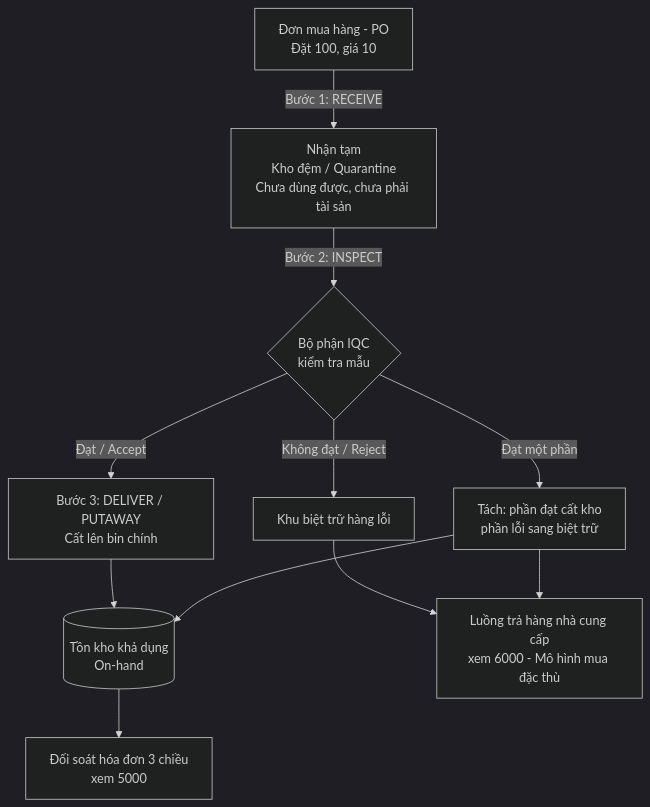
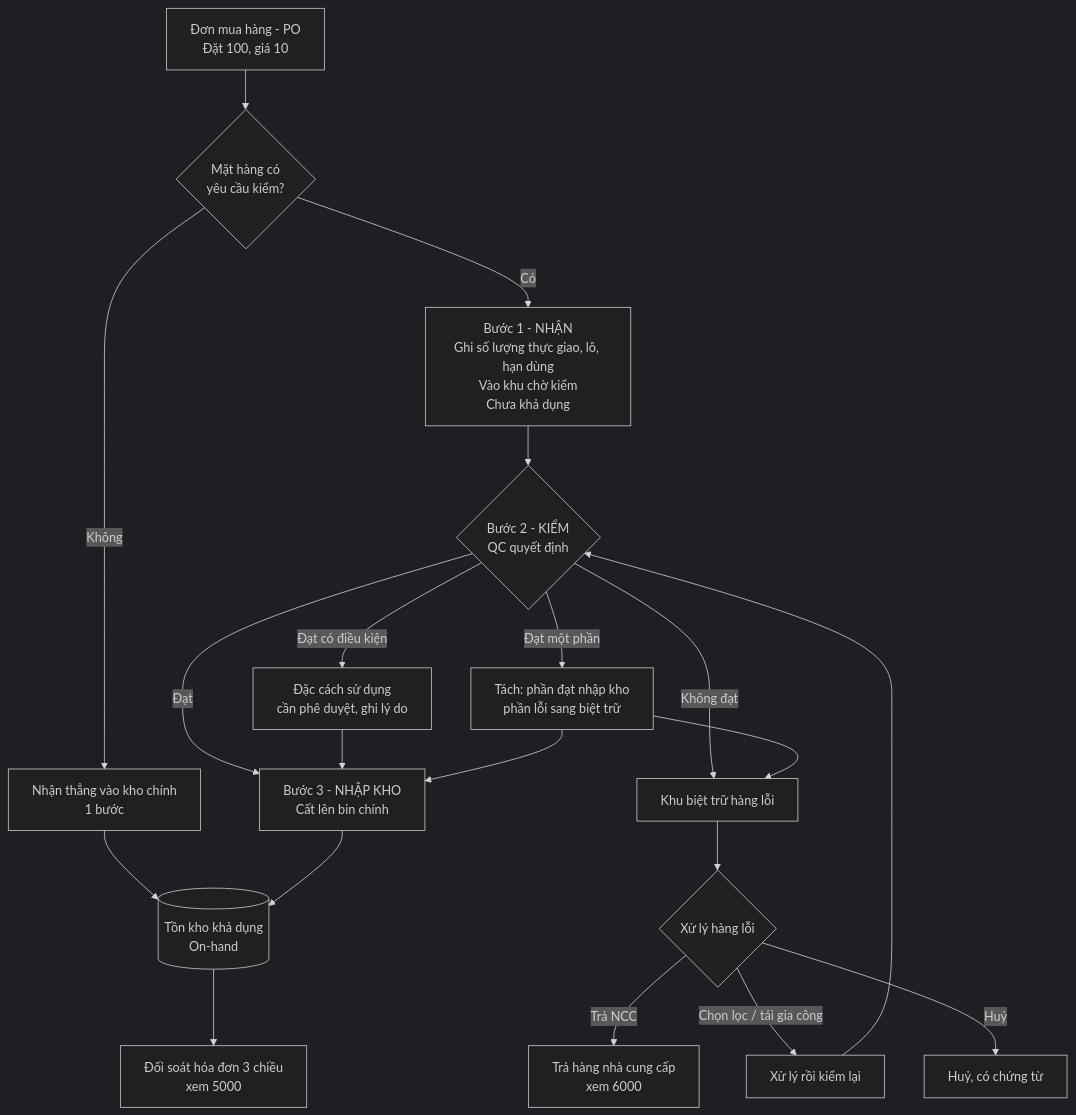
One commit to thanvanhai/thanvanhai.github.io changed the diagram in docs/erp-nghiep-vu/2-mua-hang/4000-nhan-hang-va-kiem-qc.md. Above: the diagram before and after it, drawn with Mermaid (dark theme). The commit also changed other lines of this file and 1 other file, not shown here.

````diff
--- a/docs/erp-nghiep-vu/2-mua-hang/4000-nhan-hang-va-kiem-qc.md
+++ b/docs/erp-nghiep-vu/2-mua-hang/4000-nhan-hang-va-kiem-qc.md
@@ -26,13 +37,22 @@
 ```mermaid
 flowchart TD
-    PO["Đơn mua hàng - PO<br/>Đặt 100, giá 10"] -->|Bước 1: RECEIVE| REC["Nhận tạm<br/>Kho đệm / Quarantine<br/>Chưa dùng được, chưa phải tài sản"]
-    REC -->|Bước 2: INSPECT| QC{"Bộ phận IQC<br/>kiểm tra mẫu"}
-    QC -->|Đạt / Accept| DEL["Bước 3: DELIVER / PUTAWAY<br/>Cất lên bin chính"]
-    QC -->|Không đạt / Reject| REJ["Khu biệt trữ hàng lỗi"]
-    QC -->|Đạt một phần| SPLIT["Tách: phần đạt cất kho<br/>phần lỗi sang biệt trữ"]
-    DEL --> STK[("Tồn kho khả dụng<br/>On-hand")]
-    REJ --> RTV["Luồng trả hàng nhà cung cấp<br/>xem 6000 - Mô hình mua đặc thù"]
-    SPLIT --> STK
-    SPLIT --> RTV
+    PO["Đơn mua hàng - PO<br/>Đặt 100, giá 10"] --> NEED{"Mặt hàng có<br/>yêu cầu kiểm?"}
+    NEED -->|Không| DIRECT["Nhận thẳng vào kho chính<br/>1 bước"]
+    NEED -->|Có| REC["Bước 1 - NHẬN<br/>Ghi số lượng thực giao, lô, hạn dùng<br/>Vào khu chờ kiểm<br/>Chưa khả dụng"]
+    REC --> QC{"Bước 2 - KIỂM<br/>QC quyết định"}
+    QC -->|Đạt| PUT["Bước 3 - NHẬP KHO<br/>Cất lên bin chính"]
+    QC -->|Đạt có điều kiện| WAIVER["Đặc cách sử dụng<br/>cần phê duyệt, ghi lý do"]
+    QC -->|Không đạt| REJ["Khu biệt trữ hàng lỗi"]
+    QC -->|Đạt một phần| SPLIT["Tách: phần đạt nhập kho<br/>phần lỗi sang biệt trữ"]
+    WAIVER --> PUT
+    SPLIT --> PUT
+    SPLIT --> REJ
+    DIRECT --> STK[("Tồn kho khả dụng<br/>On-hand")]
+    PUT --> STK
+    REJ --> DISP{"Xử lý hàng lỗi"}
+    DISP -->|Trả NCC| RTV["Trả hàng nhà cung cấp<br/>xem 6000"]
+    DISP -->|Chọn lọc / tái gia công| REWORK["Xử lý rồi kiểm lại"]
+    DISP -->|Huỷ| SCRAP["Huỷ, có chứng từ"]
+    REWORK --> QC
     STK --> MATCH["Đối soát hóa đơn 3 chiều<br/>xem 5000"]
 ```
````
